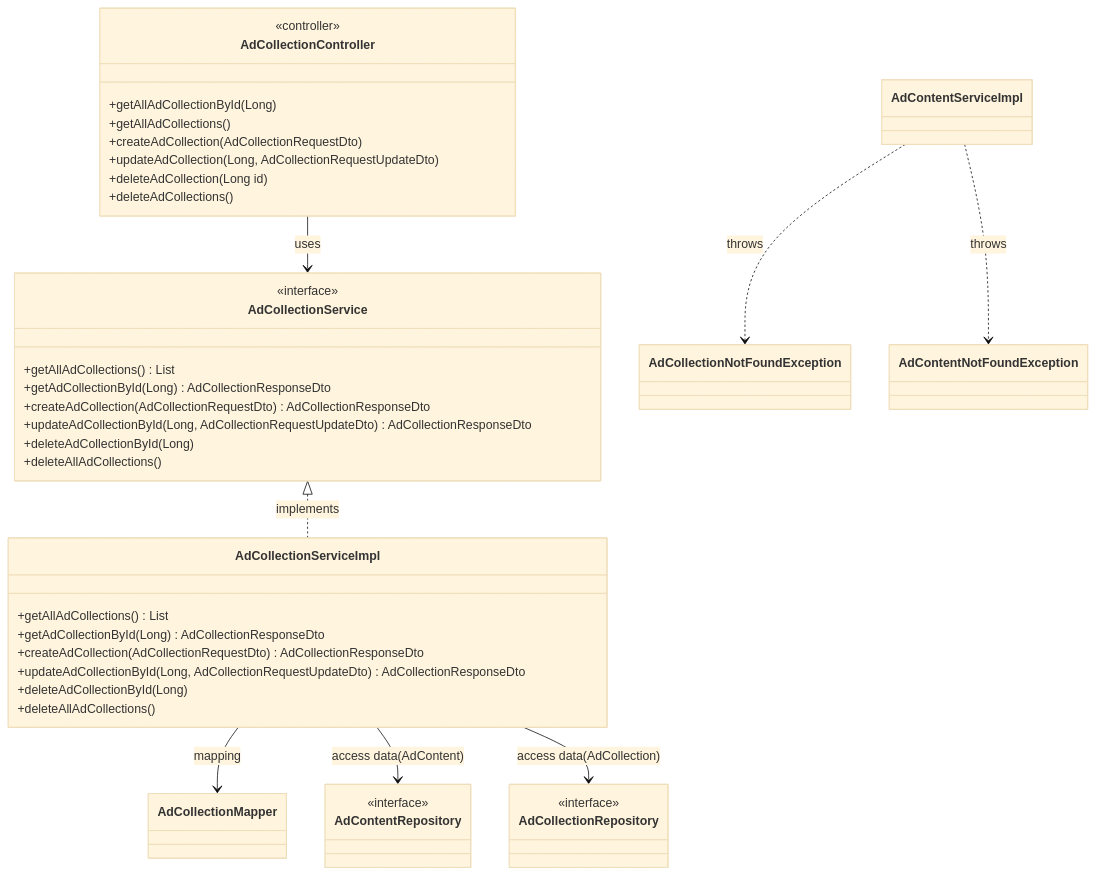
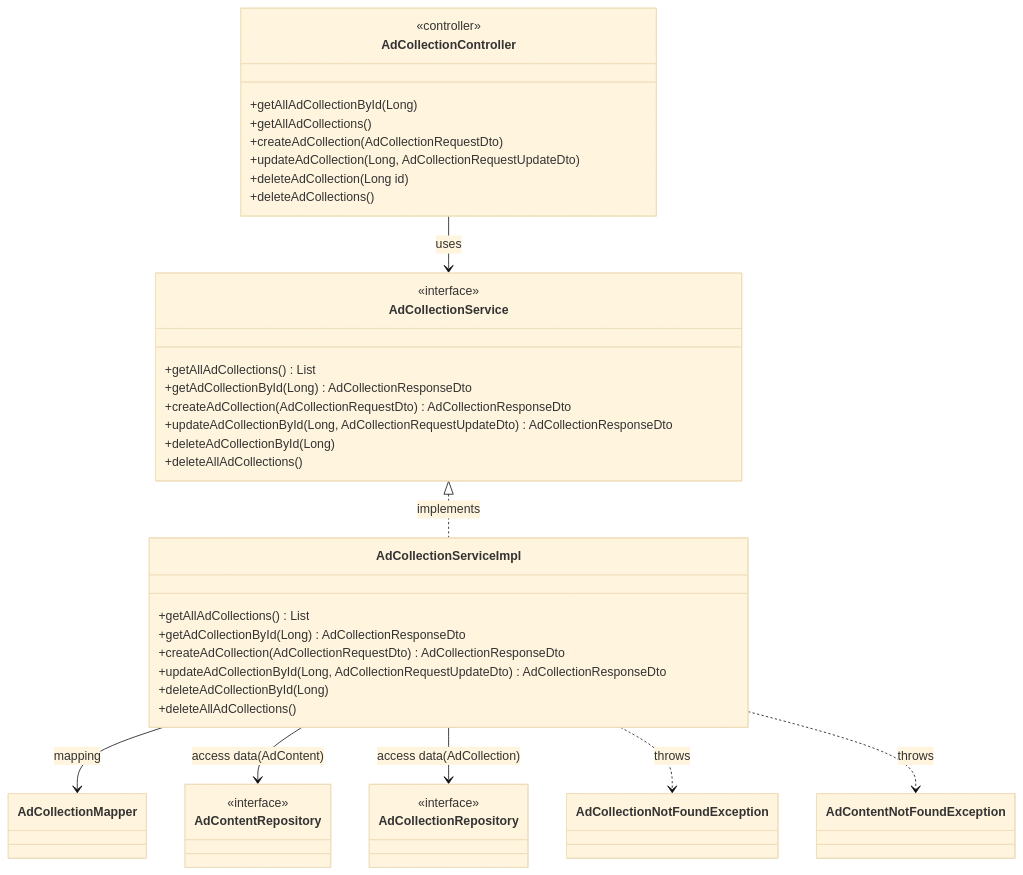
Before and after one commit to smaaa001/cs410-digital-signage: the eighth of 11 diagrams in backend/README.md, drawn with Mermaid (base theme). The commit also changed other lines of this file and 1 other file, not shown here.

Commit message:
UML Diagram: Layout and LayoutSlot. Fix: methods name in controllers

````diff
--- a/backend/README.md
+++ b/backend/README.md
@@ -686,61 +686,61 @@
 ```mermaid
 
 classDiagram
     class AdCollectionController{
         <<controller>>
         +getAllAdCollectionById(Long)
         +getAllAdCollections()
         +createAdCollection(AdCollectionRequestDto)
         +updateAdCollection(Long, AdCollectionRequestUpdateDto)
         +deleteAdCollection(Long id)
         +deleteAdCollections()
     }
     
     class AdCollectionService{
         <<interface>>
         +getAllAdCollections() List
         +getAdCollectionById(Long) AdCollectionResponseDto
         +createAdCollection(AdCollectionRequestDto) AdCollectionResponseDto
         +updateAdCollectionById(Long, AdCollectionRequestUpdateDto) AdCollectionResponseDto
         +deleteAdCollectionById(Long)
         +deleteAllAdCollections()
     }
     
     AdCollectionController --> AdCollectionService  : uses
 
 
 
     class AdCollectionServiceImpl{
         +getAllAdCollections() List
         +getAdCollectionById(Long) AdCollectionResponseDto
         +createAdCollection(AdCollectionRequestDto) AdCollectionResponseDto
         +updateAdCollectionById(Long, AdCollectionRequestUpdateDto) AdCollectionResponseDto
         +deleteAdCollectionById(Long)
         +deleteAllAdCollections()
     }
     
     AdCollectionService <|.. AdCollectionServiceImpl : implements
     
     class AdCollectionMapper{ }
     
     AdCollectionServiceImpl --> AdCollectionMapper : mapping
     
     class AdContentRepository{
         <<interface>>
     }
     class AdCollectionRepository{
         <<interface>>
     }
 
     AdCollectionServiceImpl --> AdContentRepository : access data(AdContent)
     AdCollectionServiceImpl --> AdCollectionRepository : access data(AdCollection)
 
 
     class AdCollectionNotFoundException{ }
     class AdContentNotFoundException{ }
 
-    AdContentServiceImpl ..> AdCollectionNotFoundException : throws
-    AdContentServiceImpl ..> AdContentNotFoundException : throws
+    AdCollectionServiceImpl ..> AdCollectionNotFoundException : throws
+    AdCollectionServiceImpl ..> AdContentNotFoundException : throws
     
 
 ```
````
